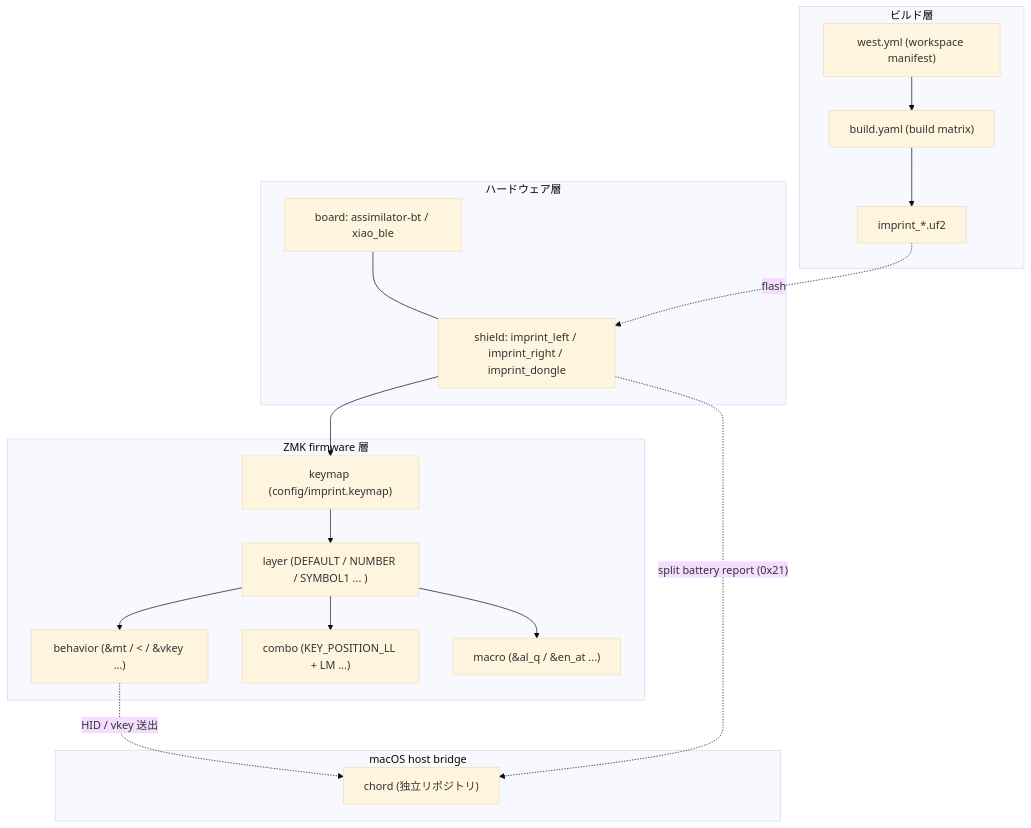
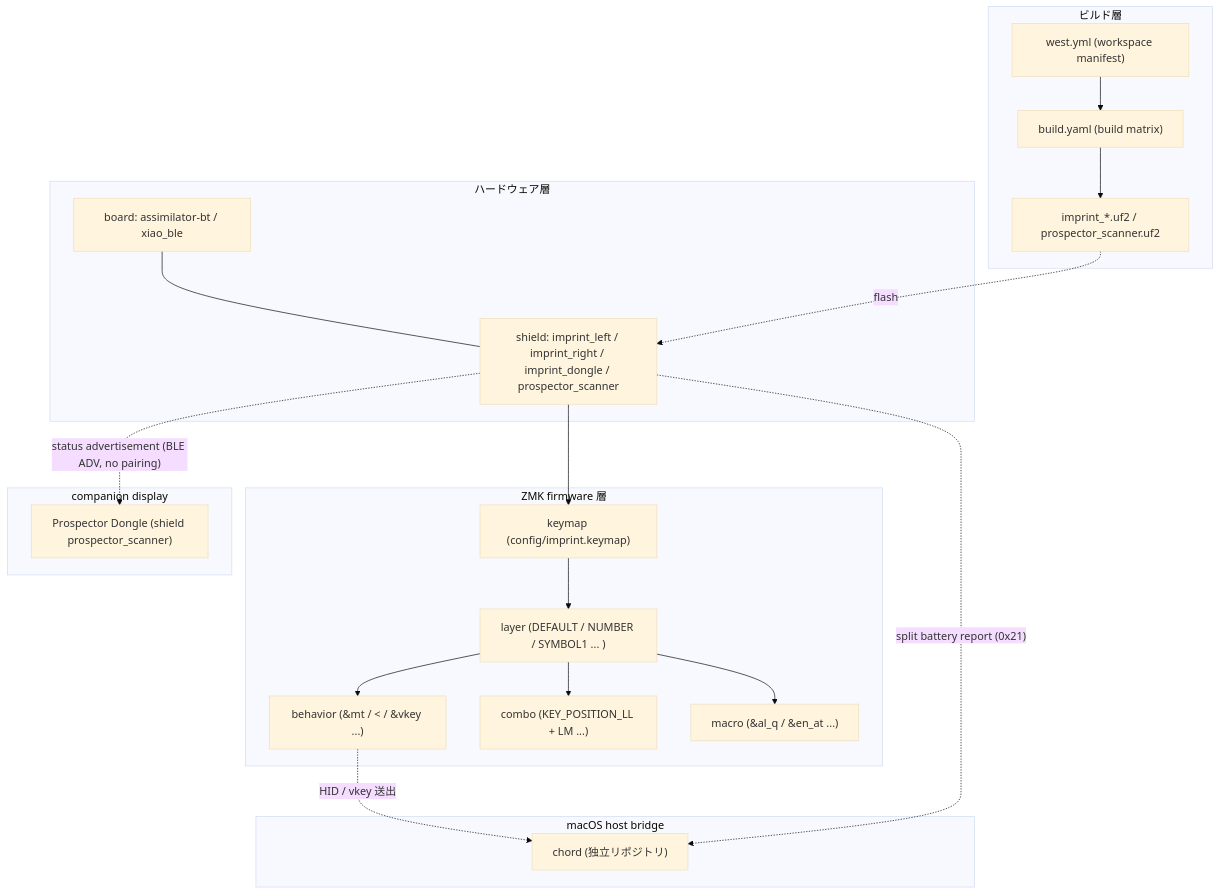
The diagram in docs/glossary.md (akira-toriyama/canon), drawn with Mermaid (base theme) before and after one commit. The commit also changed other lines of this file and 10 other files, not shown here.

First line of the commit message:
:sparkles:(prospector)^ add the Prospector Dongle as a companion target (#216)

````diff
--- a/docs/glossary.md
+++ b/docs/glossary.md
@@ -34,33 +34,37 @@
 ```mermaid
 flowchart TB
   subgraph HW["ハードウェア層"]
     BOARD["board: assimilator-bt / xiao_ble"]
-    SHIELD["shield: imprint_left / imprint_right / imprint_dongle"]
+    SHIELD["shield: imprint_left / imprint_right / imprint_dongle / prospector_scanner"]
   end
   subgraph FW["ZMK firmware 層"]
     KEYMAP["keymap (config/imprint.keymap)"]
     LAYER["layer (DEFAULT / NUMBER / SYMBOL1 ... )"]
     BEHAVIOR["behavior (&mt / &lt / &vkey ...)"]
     COMBO["combo (KEY_POSITION_LL + LM ...)"]
     MACRO["macro (&al_q / &en_at ...)"]
   end
   subgraph BUILD["ビルド層"]
     WEST["west.yml (workspace manifest)"]
     BUILDYAML["build.yaml (build matrix)"]
-    UF2["imprint_*.uf2"]
+    UF2["imprint_*.uf2 / prospector_scanner.uf2"]
   end
   subgraph HOST["macOS host bridge"]
     CHORD["chord (独立リポジトリ)"]
+  end
+  subgraph COMPANION["companion display"]
+    PROSPECTOR["Prospector Dongle (shield prospector_scanner)"]
   end
   BOARD --- SHIELD
   SHIELD --> KEYMAP
   KEYMAP --> LAYER
   LAYER --> BEHAVIOR
   LAYER --> COMBO
   LAYER --> MACRO
   WEST --> BUILDYAML
   BUILDYAML --> UF2
   UF2 -.flash.-> SHIELD
   BEHAVIOR -.HID / vkey 送出.-> CHORD
   SHIELD -.split battery report (0x21).-> CHORD
+  SHIELD -.status advertisement (BLE ADV, no pairing).-> PROSPECTOR
 ```
````
